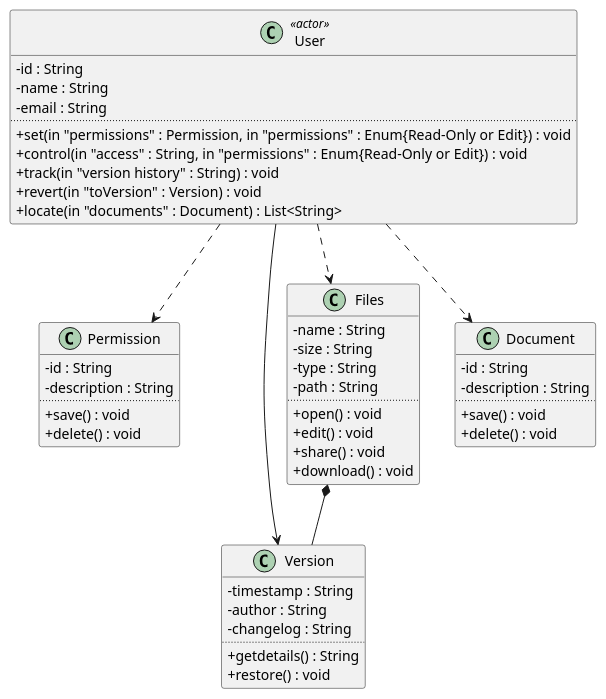
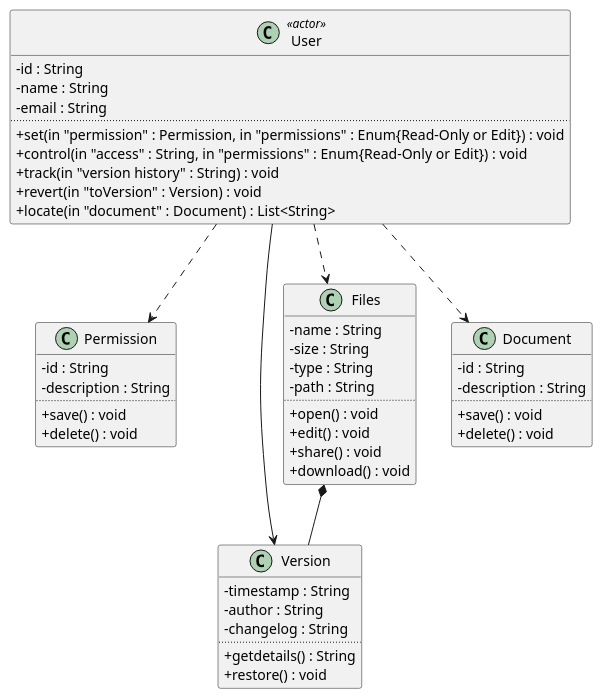
One commit to qamaruddin-qureshi/fyp-uml-diagram-generator changed the diagram in user_stories/golden_puml/class_test_Cloud_Storage_Advanced.puml. Above: the diagram before and after it, drawn with PlantUML. The commit also changed 7 other files, not shown here.

```diff
--- a/user_stories/golden_puml/class_test_Cloud_Storage_Advanced.puml
+++ b/user_stories/golden_puml/class_test_Cloud_Storage_Advanced.puml
@@ -1,52 +1,52 @@
 @startuml
 skinparam classAttributeIconSize 0
 class "User" as User <<actor>> {
   -id : String
   -name : String
   -email : String
   ..
-  +set(in "permissions" : Permission, in "permissions" : Enum{Read-Only or Edit}) : void
+  +set(in "permission" : Permission, in "permissions" : Enum{Read-Only or Edit}) : void
   +control(in "access" : String, in "permissions" : Enum{Read-Only or Edit}) : void
   +track(in "version history" : String) : void
   +revert(in "toVersion" : Version) : void
-  +locate(in "documents" : Document) : List<String>
+  +locate(in "document" : Document) : List<String>
 }
 class "Permission" as Permission  {
   -id : String
   -description : String
   ..
   +save() : void
   +delete() : void
 }
 class "Version" as Version  {
   -timestamp : String
   -author : String
   -changelog : String
   ..
   +getdetails() : String
   +restore() : void
 }
 class "Files" as Files  {
   -name : String
   -size : String
   -type : String
   -path : String
   ..
   +open() : void
   +edit() : void
   +share() : void
   +download() : void
 }
 class "Document" as Document  {
   -id : String
   -description : String
   ..
   +save() : void
   +delete() : void
 }
 User ..> Permission
 Files *-- Version
 User ..> Files
 User --> Version
 User ..> Document
 @enduml
```
